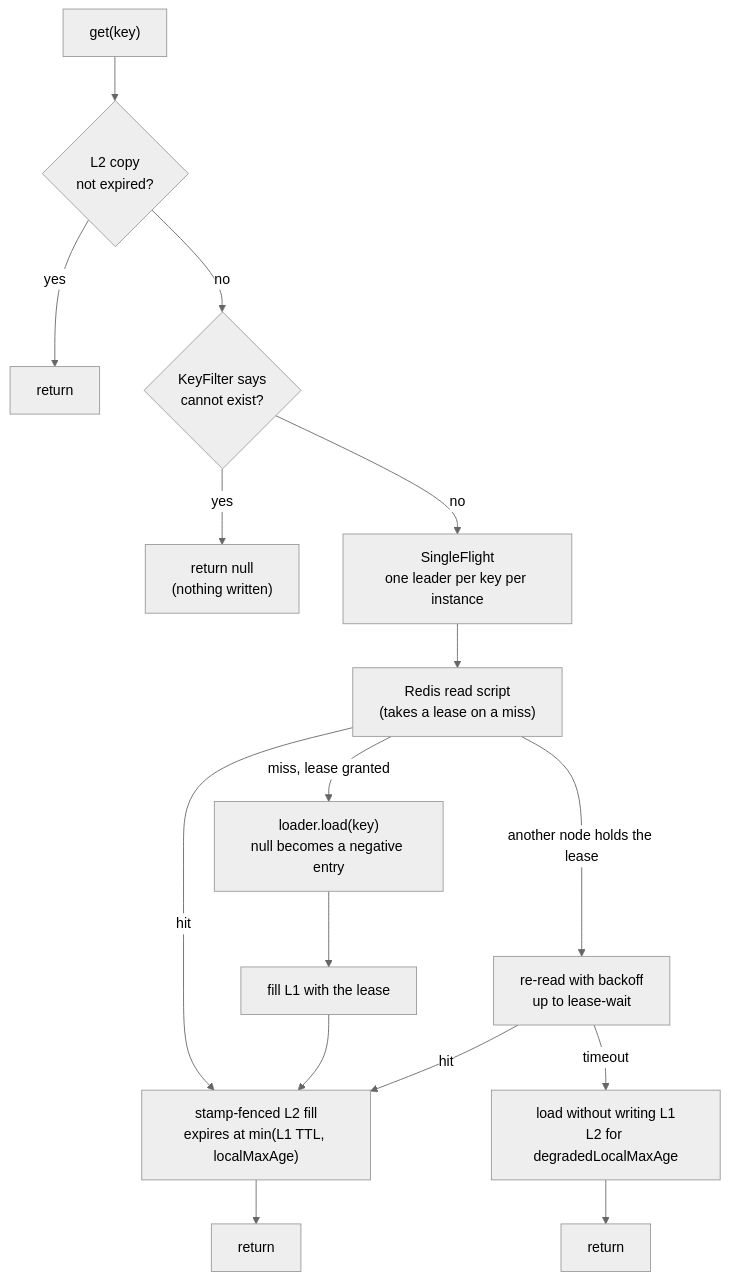
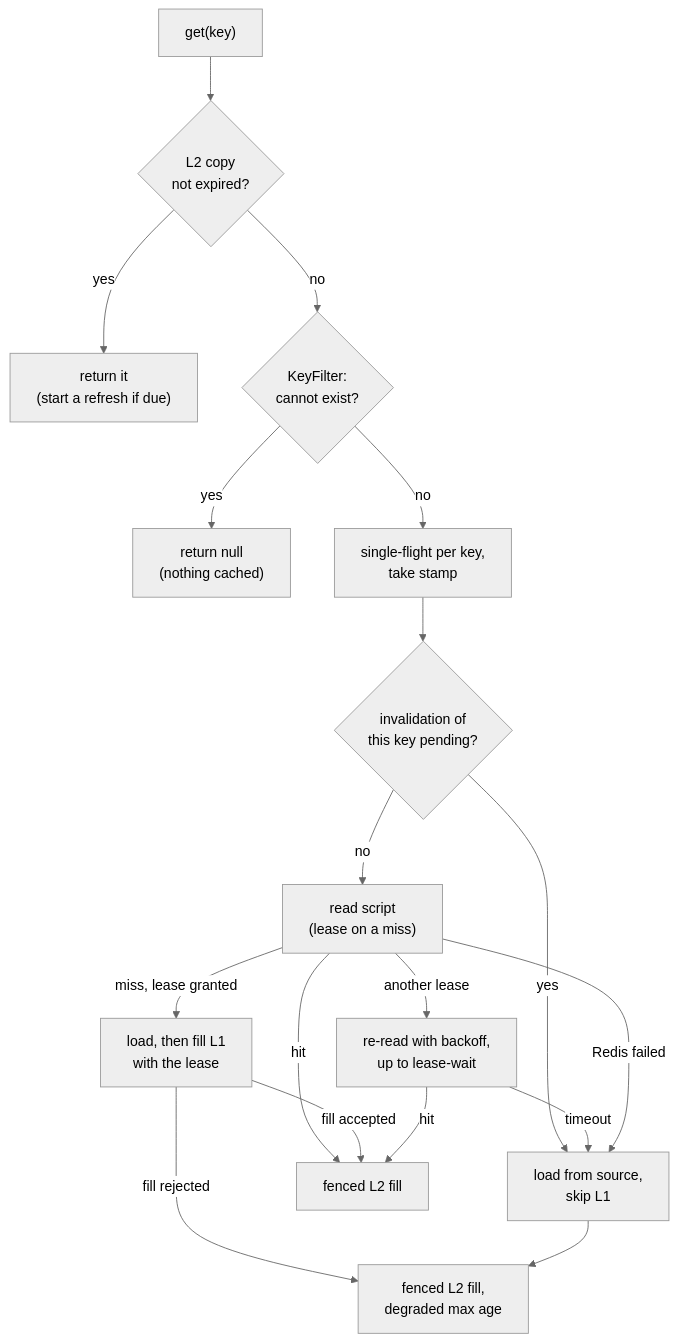
One commit to Ahoo-Wang/CoCache changed the fifth of 5 diagrams in wiki/architecture/consistency.md. Above: the diagram before and after it, drawn with Mermaid (neutral theme). The commit also changed other lines of this file and 23 other files, not shown here.

Commit message:
fix(core): SetCache format checks; docs: rewrite operations and architecture (en + zh)

````diff
--- a/wiki/architecture/consistency.md
+++ b/wiki/architecture/consistency.md
@@ -29,15 +175,20 @@
 ```mermaid
 flowchart TD
     G["get(key)"] --> L2{"L2 copy<br>not expired?"}
-    L2 -- yes --> R1["return"]
-    L2 -- no --> F{"KeyFilter says<br>cannot exist?"}
-    F -- yes --> R2["return null<br>(nothing written)"]
-    F -- no --> SF["SingleFlight<br>one leader per key per instance"]
-    SF --> RD["Redis read script<br>(takes a lease on a miss)"]
-    RD -- hit --> FL["stamp-fenced L2 fill<br>expires at min(L1 TTL, localMaxAge)"] --> R3["return"]
-    RD -- "miss, lease granted" --> LD["loader.load(key)<br>null becomes a negative entry"]
-    LD --> FI["fill L1 with the lease"] --> FL
-    RD -- "another node holds the lease" --> W["re-read with backoff<br>up to lease-wait"]
+    L2 -- yes --> R1["return it<br>(start a refresh if due)"]
+    L2 -- no --> F{"KeyFilter:<br>cannot exist?"}
+    F -- yes --> R2["return null<br>(nothing cached)"]
+    F -- no --> SF["single-flight per key,<br>take stamp"]
+    SF --> P{"invalidation of<br>this key pending?"}
+    P -- yes --> BY["load from source,<br>skip L1"]
+    P -- no --> RD["read script<br>(lease on a miss)"]
+    RD -- hit --> FL["fenced L2 fill"]
+    RD -- "miss, lease granted" --> LD["load, then fill L1<br>with the lease"]
+    LD -- "fill accepted" --> FL
+    LD -- "fill rejected" --> DG["fenced L2 fill,<br>degraded max age"]
+    RD -- "another lease" --> W["re-read with backoff,<br>up to lease-wait"]
     W -- hit --> FL
-    W -- timeout --> BY["load without writing L1<br>L2 for degradedLocalMaxAge"] --> R4["return"]
+    W -- timeout --> BY
+    RD -- "Redis failed" --> BY
+    BY --> DG
 ```
````
